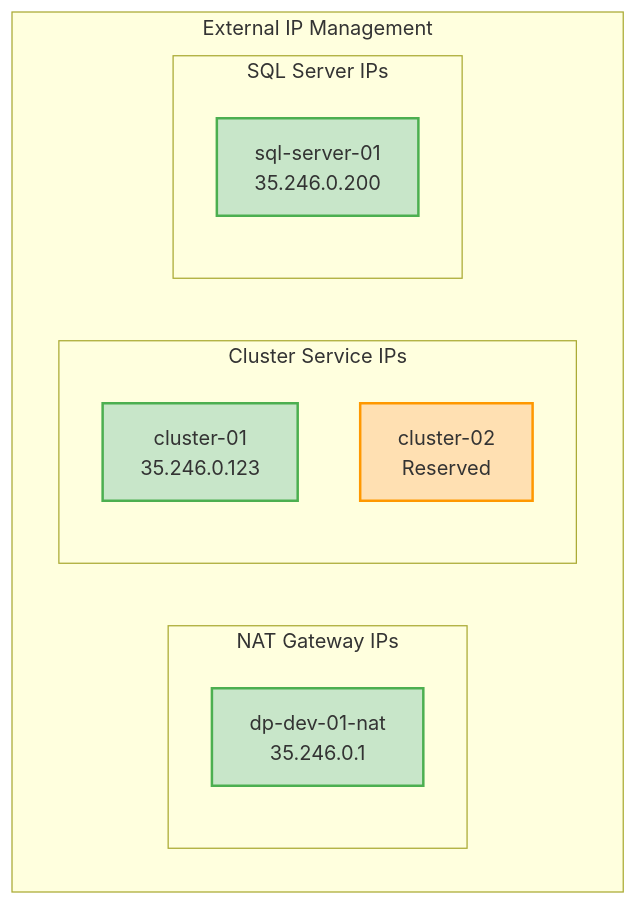
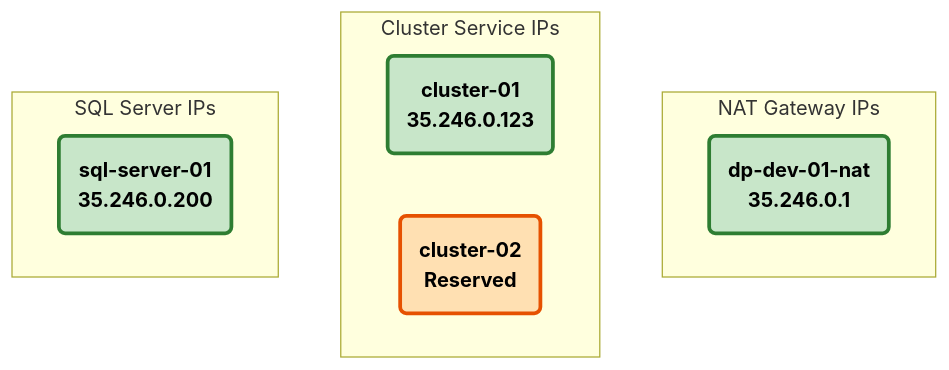
The eighth of 8 diagrams in docs/IP_ALLOCATION.md (spolspol/terragrunt-gcp-org-automation), drawn with Mermaid before and after one commit. The commit also changed other lines of this file and 36 other files, not shown here.

````diff
--- a/docs/IP_ALLOCATION.md
+++ b/docs/IP_ALLOCATION.md
@@ -464,23 +415,21 @@
 ```mermaid
 flowchart TB
-    subgraph "External IP Management"
-        subgraph NAT["NAT Gateway IPs"]
-            NAT1["dp-dev-01-nat<br/>35.246.0.1"]
-        end
-        
-        subgraph CLUSTER["Cluster Service IPs"]
-            CL1["cluster-01<br/>35.246.0.123"]
-            CL2["cluster-02<br/>Reserved"]
-        end
-        
-        subgraph SQL["SQL Server IPs"]
-            SQL1["sql-server-01<br/>35.246.0.200"]
-        end
+    subgraph NAT["NAT Gateway IPs"]
+        NAT1("<b>dp-dev-01-nat<br/>35.246.0.1</b>")
     end
-    
-    classDef active fill:#C8E6C9,stroke:#4CAF50,stroke-width:2px
-    classDef reserved fill:#FFE0B2,stroke:#FF9800,stroke-width:2px
-    
-    class NAT1,CL1,SQL1 active
-    class CL2 reserved
+
+    subgraph CLUSTER["Cluster Service IPs"]
+        CL1("<b>cluster-01<br/>35.246.0.123</b>")
+        CL2("<b>cluster-02<br/>Reserved</b>")
+    end
+
+    subgraph SQL["SQL Server IPs"]
+        SQL1("<b>sql-server-01<br/>35.246.0.200</b>")
+    end
+
+    classDef compute fill:#c8e6c9,stroke:#2e7d32,stroke-width:3px,color:#000
+    classDef hub fill:#ffe0b2,stroke:#e65100,stroke-width:3px,color:#000
+
+    class NAT1,CL1,SQL1 compute
+    class CL2 hub
 ```
````
